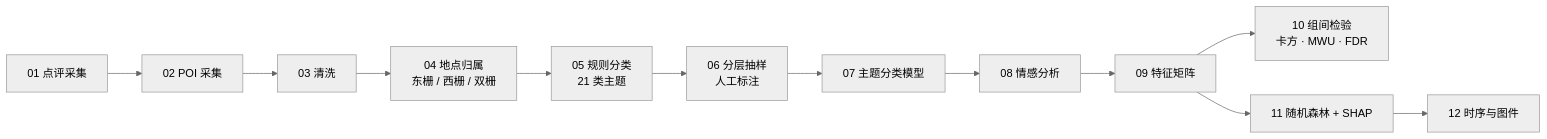
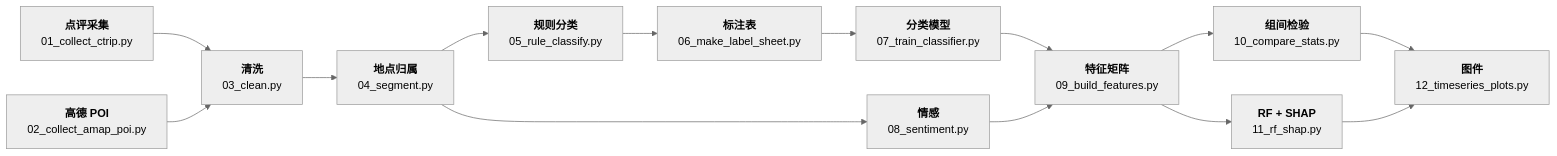
One commit to zhangyx0803/wuzhen-twin-gate-sentiment changed the diagram in README.md. Above: the diagram before and after it, drawn with Mermaid (neutral theme). The commit also changed other lines of this file, not shown here.

````diff
--- a/README.md
+++ b/README.md
@@ -28,14 +56,16 @@
 ```mermaid
 flowchart LR
-  A["01 点评采集"] --> B["02 POI 采集"]
-  B --> C["03 清洗"]
-  C --> D["04 地点归属<br/>东栅 / 西栅 / 双栅"]
-  D --> E["05 规则分类<br/>21 类主题"]
-  E --> F["06 分层抽样<br/>人工标注"]
-  F --> G["07 主题分类模型"]
-  G --> H["08 情感分析"]
-  H --> I["09 特征矩阵"]
-  I --> J["10 组间检验<br/>卡方 · MWU · FDR"]
-  I --> K["11 随机森林 + SHAP"]
-  K --> L["12 时序与图件"]
+  A["<b>点评采集</b><br/>01_collect_ctrip.py"] --> C["<b>清洗</b><br/>03_clean.py"]
+  B["<b>高德 POI</b><br/>02_collect_amap_poi.py"] --> C
+  C --> D["<b>地点归属</b><br/>04_segment.py"]
+  D --> E["<b>规则分类</b><br/>05_rule_classify.py"]
+  E --> F["<b>标注表</b><br/>06_make_label_sheet.py"]
+  F --> G["<b>分类模型</b><br/>07_train_classifier.py"]
+  D --> H["<b>情感</b><br/>08_sentiment.py"]
+  G --> I["<b>特征矩阵</b><br/>09_build_features.py"]
+  H --> I
+  I --> J["<b>组间检验</b><br/>10_compare_stats.py"]
+  I --> K["<b>RF + SHAP</b><br/>11_rf_shap.py"]
+  J --> L["<b>图件</b><br/>12_timeseries_plots.py"]
+  K --> L
 ```
````
